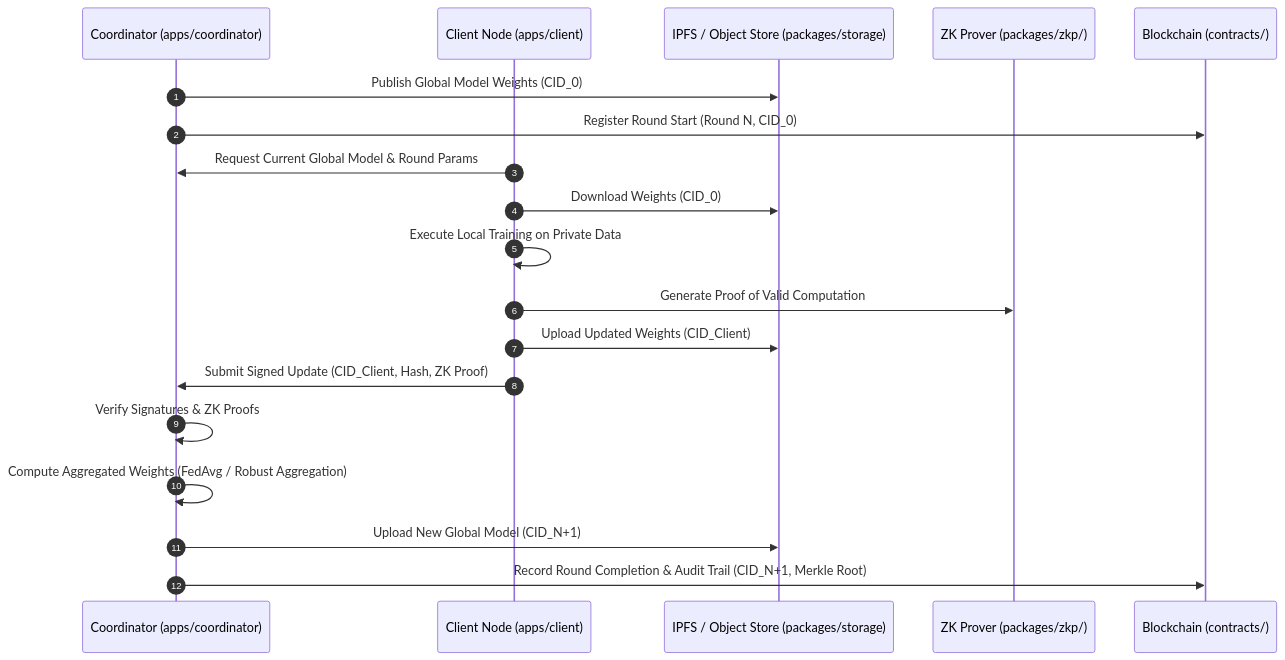
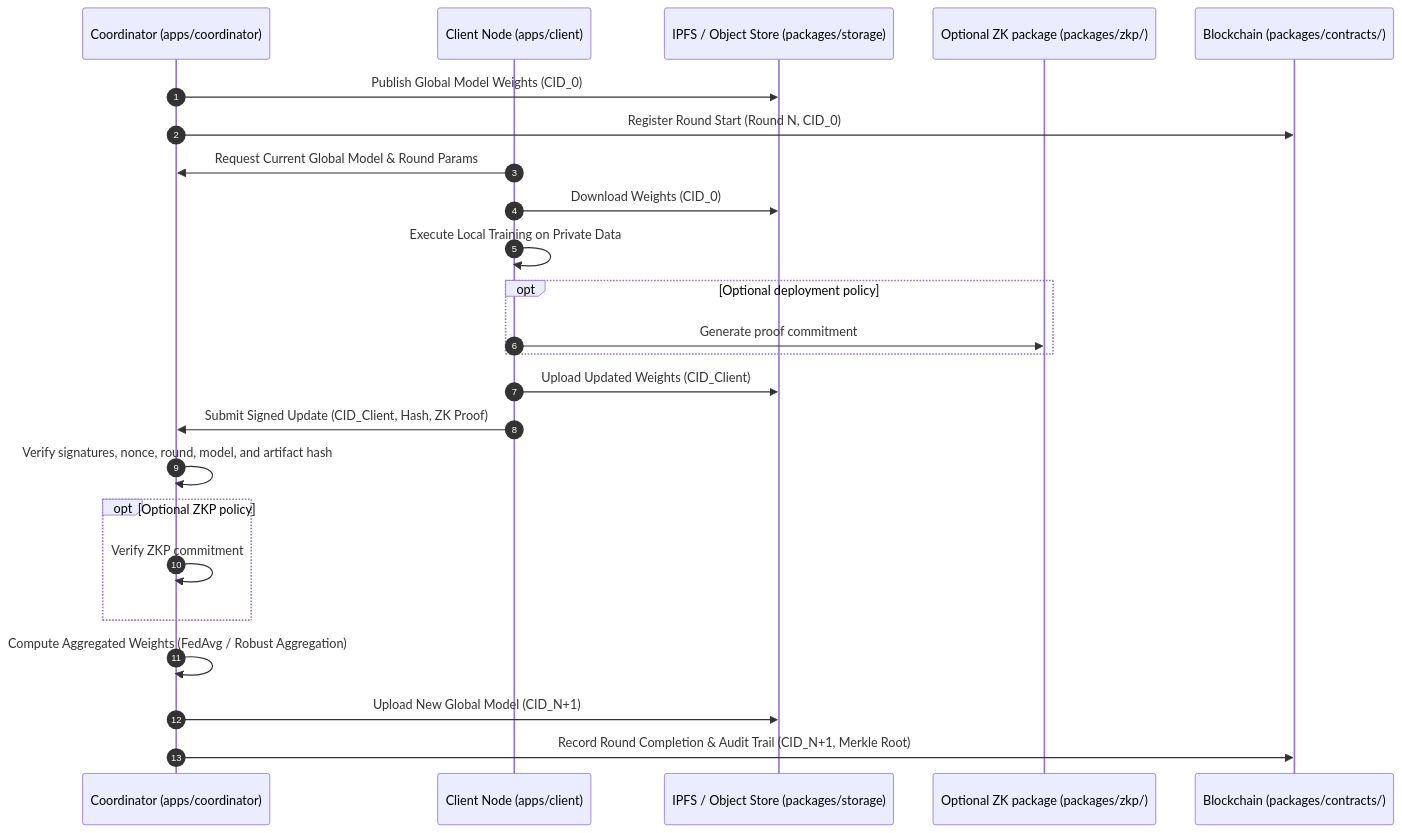
One commit to FL-Blockchain-Project-Major/trustfl changed the diagram in docs/ARCHITECTURE.md. Above: the diagram before and after it, drawn with Mermaid. The commit also changed other lines of this file and 11 other files, not shown here.

````diff
--- a/docs/ARCHITECTURE.md
+++ b/docs/ARCHITECTURE.md
@@ -56,22 +56,27 @@
 ```mermaid
 sequenceDiagram
     autonumber
     participant Coord as Coordinator (apps/coordinator)
     participant Client as Client Node (apps/client)
     participant Storage as IPFS / Object Store (packages/storage)
-    participant ZK as ZK Prover (packages/zkp/)
-    participant Chain as Blockchain (contracts/)
+    participant ZK as Optional ZK package (packages/zkp/)
+    participant Chain as Blockchain (packages/contracts/)
 
     Coord->>Storage: Publish Global Model Weights (CID_0)
     Coord->>Chain: Register Round Start (Round N, CID_0)
     Client->>Coord: Request Current Global Model & Round Params
     Client->>Storage: Download Weights (CID_0)
     Client->>Client: Execute Local Training on Private Data
-    Client->>ZK: Generate Proof of Valid Computation
+    opt Optional deployment policy
+        Client->>ZK: Generate proof commitment
+    end
     Client->>Storage: Upload Updated Weights (CID_Client)
     Client->>Coord: Submit Signed Update (CID_Client, Hash, ZK Proof)
-    Coord->>Coord: Verify Signatures & ZK Proofs
+    Coord->>Coord: Verify signatures, nonce, round, model, and artifact hash
+    opt Optional ZKP policy
+        Coord->>Coord: Verify ZKP commitment
+    end
     Coord->>Coord: Compute Aggregated Weights (FedAvg / Robust Aggregation)
     Coord->>Storage: Upload New Global Model (CID_N+1)
     Coord->>Chain: Record Round Completion & Audit Trail (CID_N+1, Merkle Root)
 ```
````
